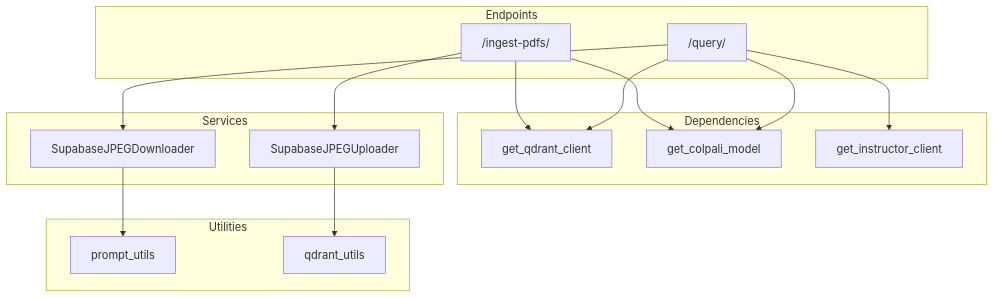
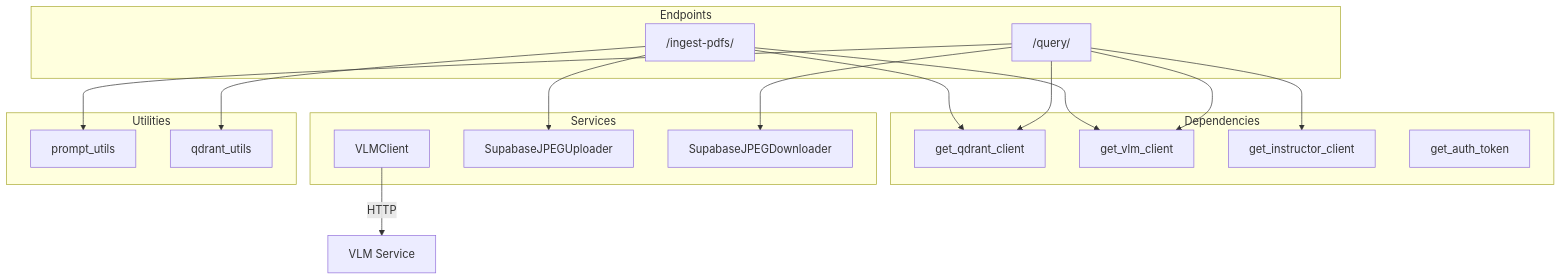
One commit to akosgintl/colpali-rag-app changed the second of 6 diagrams in docs/architecture.md. Above: the diagram before and after it, drawn with Mermaid. The commit also changed other lines of this file and 84 other files, not shown here.

Commit message:
refactored to document-api and colpali-vlm projects

````diff
--- a/docs/architecture.md
+++ b/docs/architecture.md
@@ -44,33 +52,36 @@
 ```mermaid
 graph TD
     subgraph Endpoints["Endpoints"]
         ingest["/ingest-pdfs/"]
         query["/query/"]
     end
 
     subgraph Dependencies["Dependencies"]
         dep1["get_qdrant_client"]
-        dep2["get_colpali_model"]
+        dep2["get_vlm_client"]
         dep3["get_instructor_client"]
+        dep4["get_auth_token"]
     end
 
     subgraph Services["Services"]
+        vlm["VLMClient"]
         uploader["SupabaseJPEGUploader"]
         downloader["SupabaseJPEGDownloader"]
     end
 
     subgraph Utilities["Utilities"]
         prompt["prompt_utils"]
         qdrant_u["qdrant_utils"]
     end
 
     ingest --> dep1
     ingest --> dep2
     ingest --> uploader
+    ingest --> qdrant_u
     query --> dep1
     query --> dep2
     query --> dep3
     query --> downloader
-    uploader --> qdrant_u
-    downloader --> prompt
+    query --> prompt
+    vlm -->|HTTP| VLM["VLM Service"]
 ```
````
